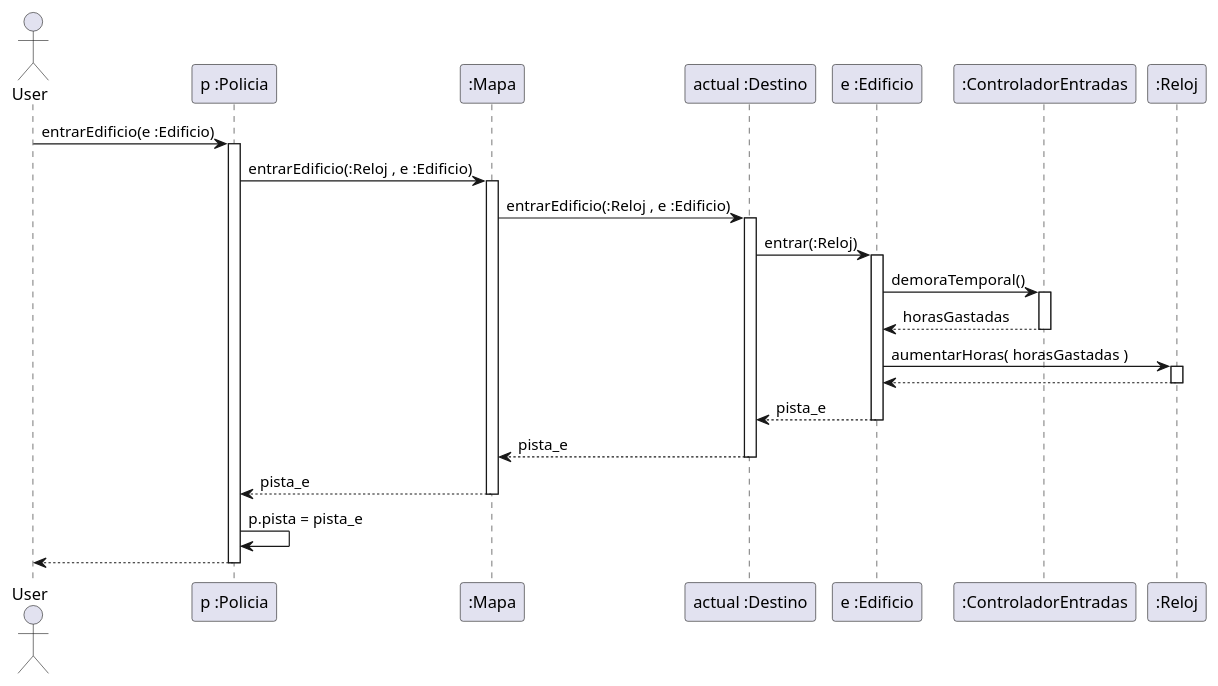
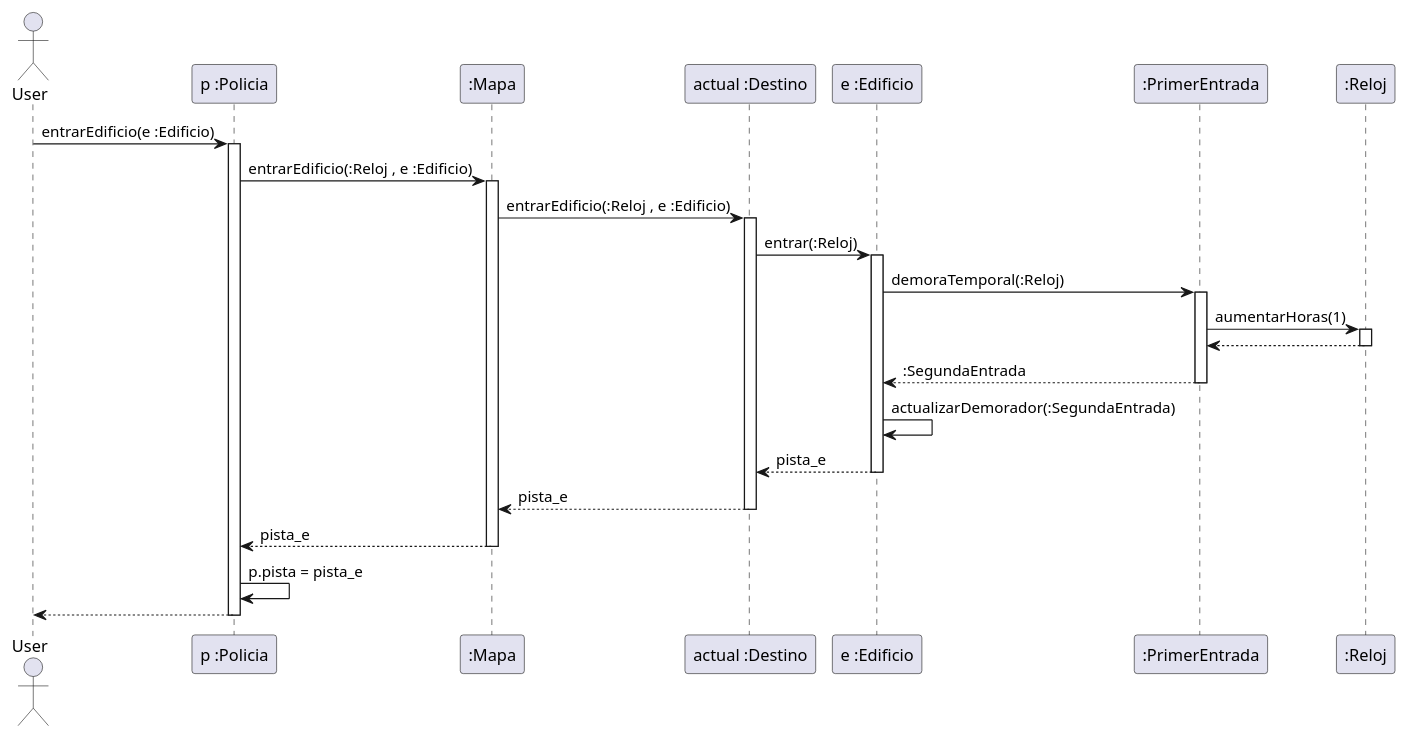
Before and after one commit to Nicolas-Bravo/algo3_tp2: the diagram in diagrams/sequences/entrarEdificioSecuencia.plantuml, drawn with PlantUML. The commit also changed 16 other files, not shown here.

```diff
--- a/diagrams/sequences/entrarEdificioSecuencia.plantuml
+++ b/diagrams/sequences/entrarEdificioSecuencia.plantuml
@@ -1,43 +1,45 @@
 @startuml
 
 Actor User
 
 User -> "p :Policia" : entrarEdificio(e :Edificio)
 Activate "p :Policia"
 
 "p :Policia" -> ":Mapa" : entrarEdificio(:Reloj , e :Edificio)
 activate ":Mapa"
 
 ":Mapa" -> "actual :Destino" : entrarEdificio(:Reloj , e :Edificio)
 activate "actual :Destino"
 
 "actual :Destino" -> "e :Edificio" : entrar(:Reloj)
 activate "e :Edificio"
 
-"e :Edificio" -> ":ControladorEntradas" : demoraTemporal()
-activate ":ControladorEntradas"
+"e :Edificio" -> ":PrimerEntrada" : demoraTemporal(:Reloj)
+activate ":PrimerEntrada"
 
-":ControladorEntradas" --> "e :Edificio" : horasGastadas
-deactivate ":ControladorEntradas"
-
-"e :Edificio" -> ":Reloj" : aumentarHoras( horasGastadas )
+":PrimerEntrada" -> ":Reloj" : aumentarHoras(1)
 activate ":Reloj"
 
-":Reloj" --> "e :Edificio"
+":Reloj" --> ":PrimerEntrada"
 deactivate ":Reloj"
+
+":PrimerEntrada" --> "e :Edificio" : :SegundaEntrada
+deactivate ":PrimerEntrada"
+
+"e :Edificio" -> "e :Edificio" : actualizarDemorador(:SegundaEntrada)
 
 "e :Edificio" --> "actual :Destino" : pista_e
 deactivate "e :Edificio"
 
 "actual :Destino" --> ":Mapa" : pista_e
 deactivate "actual :Destino"
 
 ":Mapa" --> "p :Policia" : pista_e
 deactivate ":Mapa"
 
 "p :Policia" -> "p :Policia": p.pista = pista_e
 
 "p :Policia" --> User
 deactivate "p :Policia"
 
 @enduml
```
